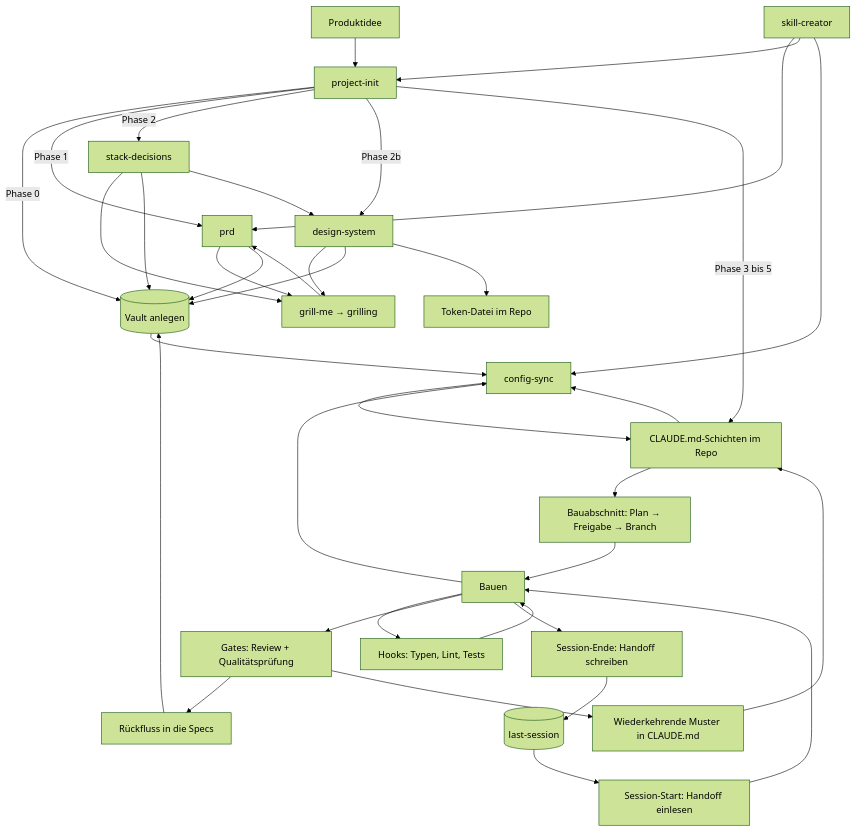
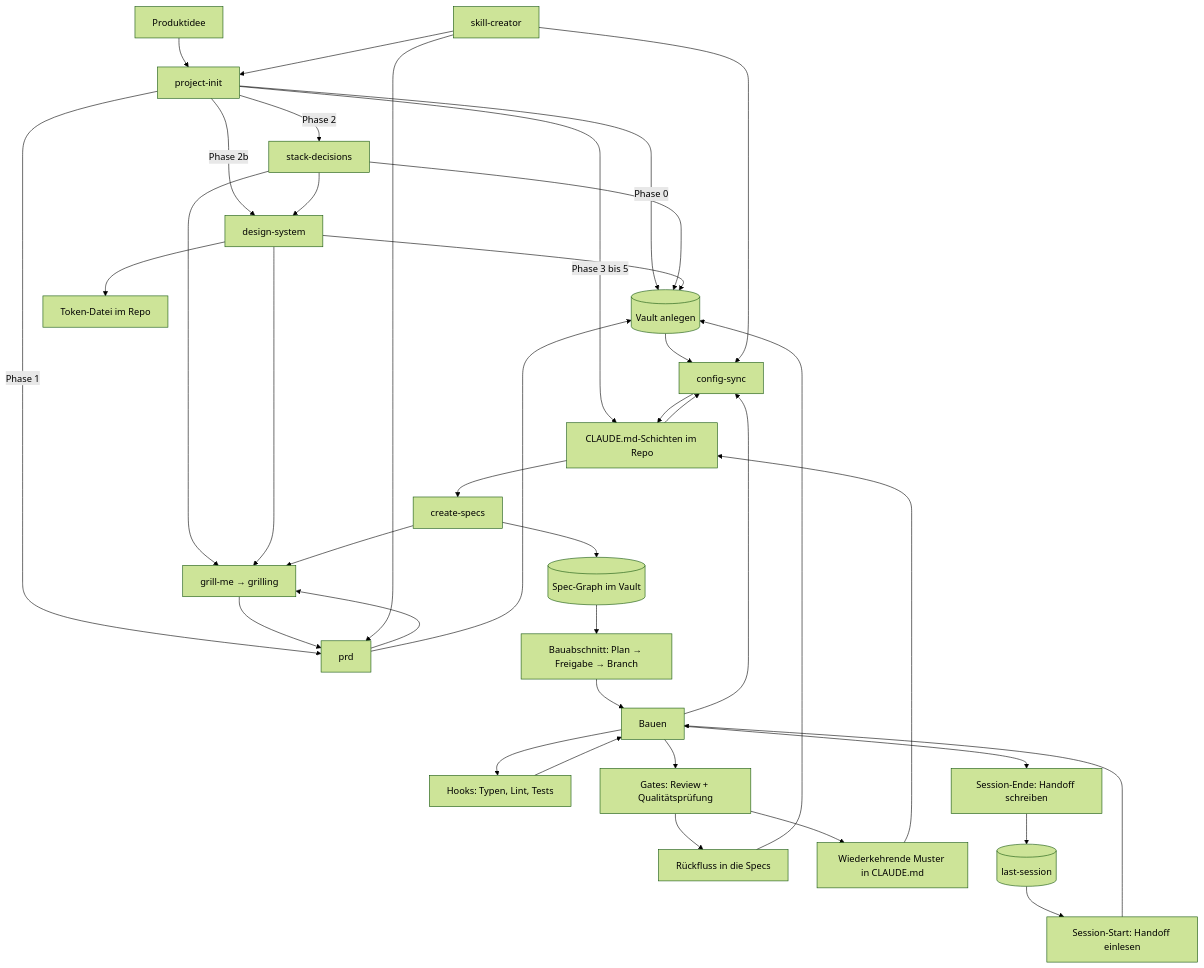
Before and after one commit to mxrius1706/Ai-Coding-Framework: the diagram in LOOP.md, drawn with Mermaid (forest theme). The commit also changed other lines of this file and 2 other files, not shown here.

First line of the commit message:
feat(skills): create-specs ergaenzen

````diff
--- a/LOOP.md
+++ b/LOOP.md
@@ -25,42 +25,45 @@
 ```mermaid
 flowchart TD
     A[Produktidee] --> E[project-init]
     E -->|Phase 0| D[(Vault anlegen)]
     E -->|Phase 1| B[prd]
     B --> C[grill-me → grilling]
     C --> B
     B --> D
     E -->|Phase 2| S[stack-decisions]
     S --> C
     S --> D
     E -->|Phase 2b| DS[design-system]
     S --> DS
     DS --> C
     DS --> D
     DS --> TK[Token-Datei im Repo]
     E -->|Phase 3 bis 5| F[CLAUDE.md-Schichten im Repo]
 
-    F --> G[Bauabschnitt: Plan → Freigabe → Branch]
+    F --> CS[create-specs]
+    CS --> C
+    CS --> SP[(Spec-Graph im Vault)]
+    SP --> G[Bauabschnitt: Plan → Freigabe → Branch]
     G --> H[Bauen]
     H --> I[Hooks: Typen, Lint, Tests]
     I --> H
     H --> J[Gates: Review + Qualitätsprüfung]
     J --> K[Rückfluss in die Specs]
     K --> D
     J --> L[Wiederkehrende Muster in CLAUDE.md]
     L --> F
 
     F --> M[config-sync]
     M --> F
     D --> M
     H --> M
 
     N[Session-Ende: Handoff schreiben] --> O[(last-session)]
     O --> P[Session-Start: Handoff einlesen]
     P --> H
     H --> N
 
     Q[skill-creator] --> B
     Q --> E
     Q --> M
 ```
````
